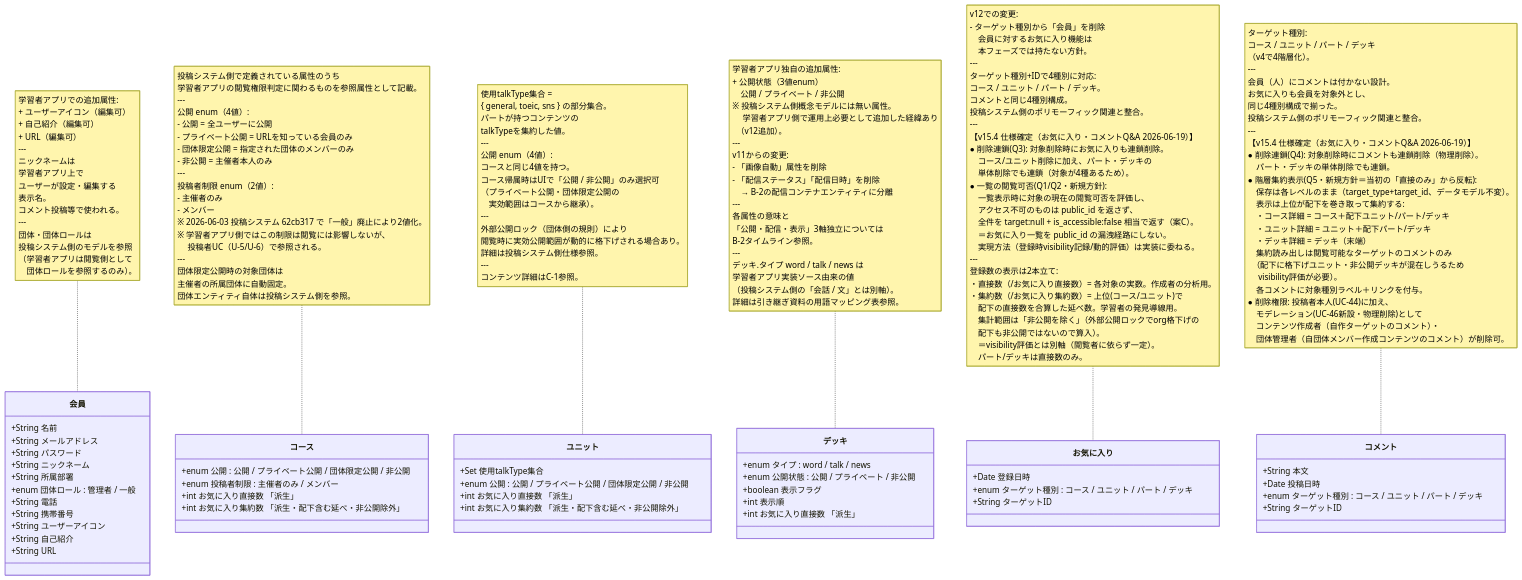
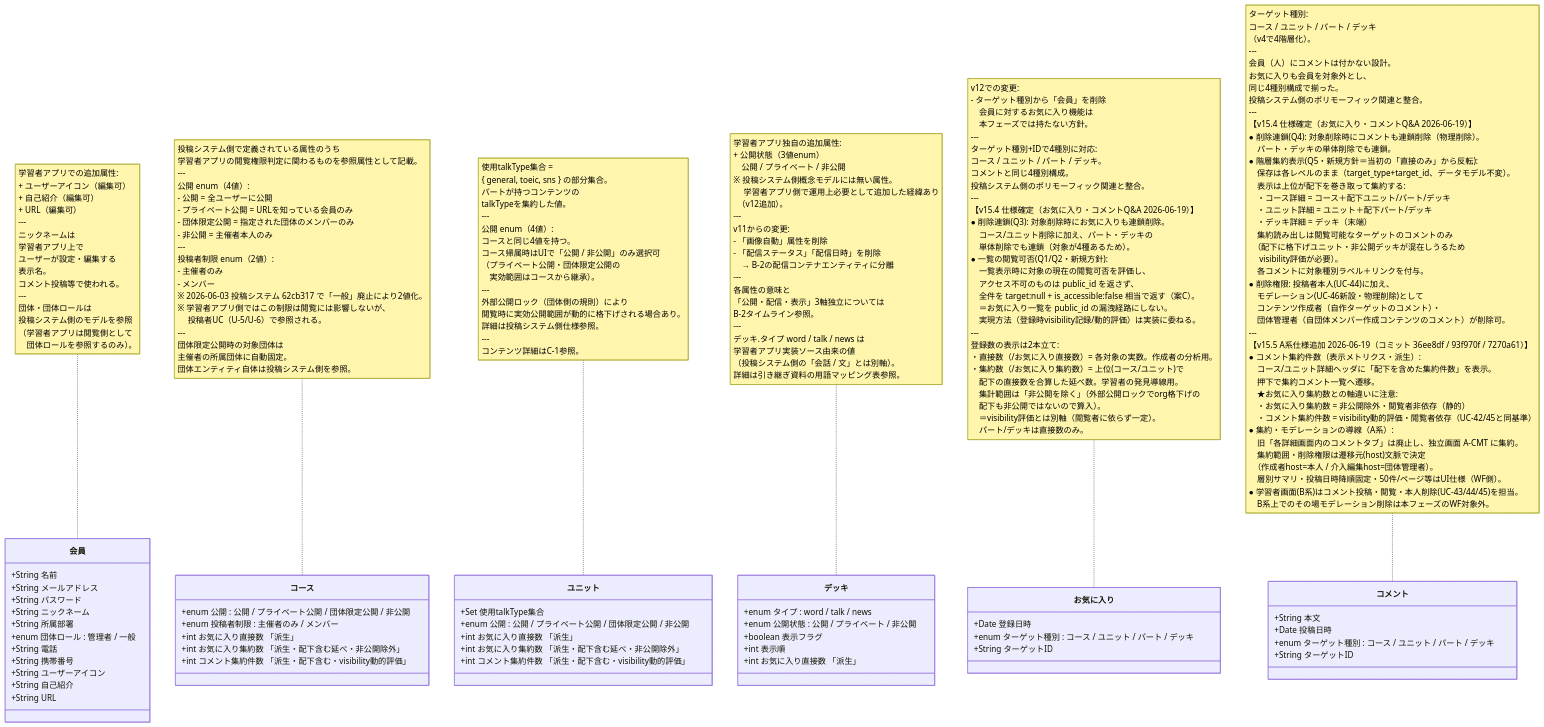
The diagram in choi/学習者アプリ_概念モデル/学習者アプリ_概念モデル図_B0_既存エンティティ差分.mmd (topicmaker-git/Pages), drawn with Mermaid before and after one commit. The commit also changed 2 other files, not shown here.

Commit message:
仕様追加20260619.mdの変更に伴う学習者向けアプリ概念モデル図の更新

```diff
--- a/choi/学習者アプリ_概念モデル/学習者アプリ_概念モデル図_B0_既存エンティティ差分.mmd
+++ b/choi/学習者アプリ_概念モデル/学習者アプリ_概念モデル図_B0_既存エンティティ差分.mmd
@@ -1,63 +1,65 @@
 classDiagram
 direction TB
 
 class 会員 {
     +String 名前
     +String メールアドレス
     +String パスワード
     +String ニックネーム
     +String 所属部署
     +enum 団体ロール : 管理者 / 一般
     +String 電話
     +String 携帯番号
     +String ユーザーアイコン
     +String 自己紹介
     +String URL
 }
 
 class コース {
     +enum 公開 : 公開 / プライベート公開 / 団体限定公開 / 非公開
     +enum 投稿者制限 : 主催者のみ / メンバー
     +int お気に入り直接数 「派生」
     +int お気に入り集約数 「派生・配下含む延べ・非公開除外」
+    +int コメント集約件数 「派生・配下含む・visibility動的評価」
 }
 
 class ユニット {
     +Set 使用talkType集合
     +enum 公開 : 公開 / プライベート公開 / 団体限定公開 / 非公開
     +int お気に入り直接数 「派生」
     +int お気に入り集約数 「派生・配下含む延べ・非公開除外」
+    +int コメント集約件数 「派生・配下含む・visibility動的評価」
 }
 
 class デッキ {
     +enum タイプ : word / talk / news
     +enum 公開状態 : 公開 / プライベート / 非公開
     +boolean 表示フラグ
     +int 表示順
     +int お気に入り直接数 「派生」
 }
 
 class お気に入り {
     +Date 登録日時
     +enum ターゲット種別 : コース / ユニット / パート / デッキ
     +String ターゲットID
 }
 
 class コメント {
     +String 本文
     +Date 投稿日時
     +enum ターゲット種別 : コース / ユニット / パート / デッキ
     +String ターゲットID
 }
 
 note for 会員 "学習者アプリでの追加属性:<br>+ ユーザーアイコン（編集可）<br>+ 自己紹介（編集可）<br>+ URL（編集可）<br>---<br>ニックネームは<br>学習者アプリ上で<br>ユーザーが設定・編集する<br>表示名。<br>コメント投稿等で使われる。<br>---<br>団体・団体ロールは<br>投稿システム側のモデルを参照<br>（学習者アプリは閲覧側として<br>　団体ロールを参照するのみ）。"
 
 note for コース "投稿システム側で定義されている属性のうち<br>学習者アプリの閲覧権限判定に関わるものを参照属性として記載。<br>---<br>公開 enum（4値）:<br>- 公開 = 全ユーザーに公開<br>- プライベート公開 = URLを知っている会員のみ<br>- 団体限定公開 = 指定された団体のメンバーのみ<br>- 非公開 = 主催者本人のみ<br>---<br>投稿者制限 enum（2値）:<br>- 主催者のみ<br>- メンバー<br>※ 2026-06-03 投稿システム 62cb317 で「一般」廃止により2値化。<br>※ 学習者アプリ側ではこの制限は閲覧には影響しないが、<br>　 投稿者UC（U-5/U-6）で参照される。<br>---<br>団体限定公開時の対象団体は<br>主催者の所属団体に自動固定。<br>団体エンティティ自体は投稿システム側を参照。"
 
 note for ユニット "使用talkType集合 =<br>{ general, toeic, sns } の部分集合。<br>パートが持つコンテンツの<br>talkTypeを集約した値。<br>---<br>公開 enum（4値）:<br>コースと同じ4値を持つ。<br>コース帰属時はUIで「公開 / 非公開」のみ選択可<br>（プライベート公開・団体限定公開の<br>　実効範囲はコースから継承）。<br>---<br>外部公開ロック（団体側の規則）により<br>閲覧時に実効公開範囲が動的に格下げされる場合あり。<br>詳細は投稿システム側仕様参照。<br>---<br>コンテンツ詳細はC-1参照。"
 
 note for デッキ "学習者アプリ独自の追加属性:<br>+ 公開状態（3値enum）<br>　公開 / プライベート / 非公開<br>※ 投稿システム側概念モデルには無い属性。<br>　 学習者アプリ側で運用上必要として追加した経緯あり<br>　（v12追加）。<br>---<br>v11からの変更:<br>- 「画像自動」属性を削除<br>- 「配信ステータス」「配信日時」を削除<br>　→ B-2の配信コンテナエンティティに分離<br>---<br>各属性の意味と<br>「公開・配信・表示」3軸独立については<br>B-2タイムライン参照。<br>---<br>デッキ.タイプ word / talk / news は<br>学習者アプリ実装ソース由来の値<br>（投稿システム側の「会話 / 文」とは別軸）。<br>詳細は引き継ぎ資料の用語マッピング表参照。"
 
 note for お気に入り "v12での変更:<br>- ターゲット種別から「会員」を削除<br>　会員に対するお気に入り機能は<br>　本フェーズでは持たない方針。<br>---<br>ターゲット種別+IDで4種別に対応:<br>コース / ユニット / パート / デッキ。<br>コメントと同じ4種別構成。<br>投稿システム側のポリモーフィック関連と整合。<br>---<br>【v15.4 仕様確定（お気に入り・コメントQ&A 2026-06-19）】<br>● 削除連鎖(Q3): 対象削除時にお気に入りも連鎖削除。<br>　コース/ユニット削除に加え、パート・デッキの<br>　単体削除でも連鎖（対象が4種あるため）。<br>● 一覧の閲覧可否(Q1/Q2・新規方針):<br>　一覧表示時に対象の現在の閲覧可否を評価し、<br>　アクセス不可のものは public_id を返さず、<br>　全件を target:null + is_accessible:false 相当で返す（案C）。<br>　＝お気に入り一覧を public_id の漏洩経路にしない。<br>　実現方法（登録時visibility記録/動的評価）は実装に委ねる。<br>---<br>登録数の表示は2本立て:<br>・直接数（/お気に入り直接数）= 各対象の実数。作成者の分析用。<br>・集約数（/お気に入り集約数）= 上位(コース/ユニット)で<br>　配下の直接数を合算した延べ数。学習者の発見導線用。<br>　集計範囲は「非公開を除く」（外部公開ロックでorg格下げの<br>　配下も非公開ではないので算入）。<br>　＝visibility評価とは別軸（閲覧者に依らず一定）。<br>　パート/デッキは直接数のみ。"
 
-note for コメント "ターゲット種別:<br>コース / ユニット / パート / デッキ<br>（v4で4階層化）。<br>---<br>会員（人）にコメントは付かない設計。<br>お気に入りも会員を対象外とし、<br>同じ4種別構成で揃った。<br>投稿システム側のポリモーフィック関連と整合。<br>---<br>【v15.4 仕様確定（お気に入り・コメントQ&A 2026-06-19）】<br>● 削除連鎖(Q4): 対象削除時にコメントも連鎖削除（物理削除）。<br>　パート・デッキの単体削除でも連鎖。<br>● 階層集約表示(Q5・新規方針＝当初の「直接のみ」から反転):<br>　保存は各レベルのまま（target_type+target_id、データモデル不変）。<br>　表示は上位が配下を巻き取って集約する:<br>　・コース詳細 = コース＋配下ユニット/パート/デッキ<br>　・ユニット詳細 = ユニット＋配下パート/デッキ<br>　・デッキ詳細 = デッキ（末端）<br>　集約読み出しは閲覧可能なターゲットのコメントのみ<br>　（配下に格下げユニット・非公開デッキが混在しうるため<br>　 visibility評価が必要）。<br>　各コメントに対象種別ラベル＋リンクを付与。<br>● 削除権限: 投稿者本人(UC-44)に加え、<br>　モデレーション(UC-46新設・物理削除)として<br>　コンテンツ作成者（自作ターゲットのコメント）・<br>　団体管理者（自団体メンバー作成コンテンツのコメント）が削除可。"
+note for コメント "ターゲット種別:<br>コース / ユニット / パート / デッキ<br>（v4で4階層化）。<br>---<br>会員（人）にコメントは付かない設計。<br>お気に入りも会員を対象外とし、<br>同じ4種別構成で揃った。<br>投稿システム側のポリモーフィック関連と整合。<br>---<br>【v15.4 仕様確定（お気に入り・コメントQ&A 2026-06-19）】<br>● 削除連鎖(Q4): 対象削除時にコメントも連鎖削除（物理削除）。<br>　パート・デッキの単体削除でも連鎖。<br>● 階層集約表示(Q5・新規方針＝当初の「直接のみ」から反転):<br>　保存は各レベルのまま（target_type+target_id、データモデル不変）。<br>　表示は上位が配下を巻き取って集約する:<br>　・コース詳細 = コース＋配下ユニット/パート/デッキ<br>　・ユニット詳細 = ユニット＋配下パート/デッキ<br>　・デッキ詳細 = デッキ（末端）<br>　集約読み出しは閲覧可能なターゲットのコメントのみ<br>　（配下に格下げユニット・非公開デッキが混在しうるため<br>　 visibility評価が必要）。<br>　各コメントに対象種別ラベル＋リンクを付与。<br>● 削除権限: 投稿者本人(UC-44)に加え、<br>　モデレーション(UC-46新設・物理削除)として<br>　コンテンツ作成者（自作ターゲットのコメント）・<br>　団体管理者（自団体メンバー作成コンテンツのコメント）が削除可。<br>---<br>【v15.5 A系仕様追加 2026-06-19（コミット 36ee8df / 93f970f / 7270a61）】<br>● コメント集約件数（表示メトリクス・派生）:<br>　コース/ユニット詳細ヘッダに「配下を含めた集約件数」を表示。<br>　押下で集約コメント一覧へ遷移。<br>　★お気に入り集約数との軸違いに注意:<br>　・お気に入り集約数 = 非公開除外・閲覧者非依存（静的）<br>　・コメント集約件数 = visibility動的評価・閲覧者依存（UC-42/45と同基準）<br>● 集約・モデレーションの導線（A系）:<br>　旧「各詳細画面内のコメントタブ」は廃止し、独立画面 A-CMT に集約。<br>　集約範囲・削除権限は遷移元(host)文脈で決定<br>　（作成者host=本人 / 介入編集host=団体管理者）。<br>　層別サマリ・投稿日時降順固定・50件/ページ等はUI仕様（WF側）。<br>● 学習者画面(B系)はコメント投稿・閲覧・本人削除(UC-43/44/45)を担当。<br>　B系上でのその場モデレーション削除は本フェーズのWF対象外。"
```
